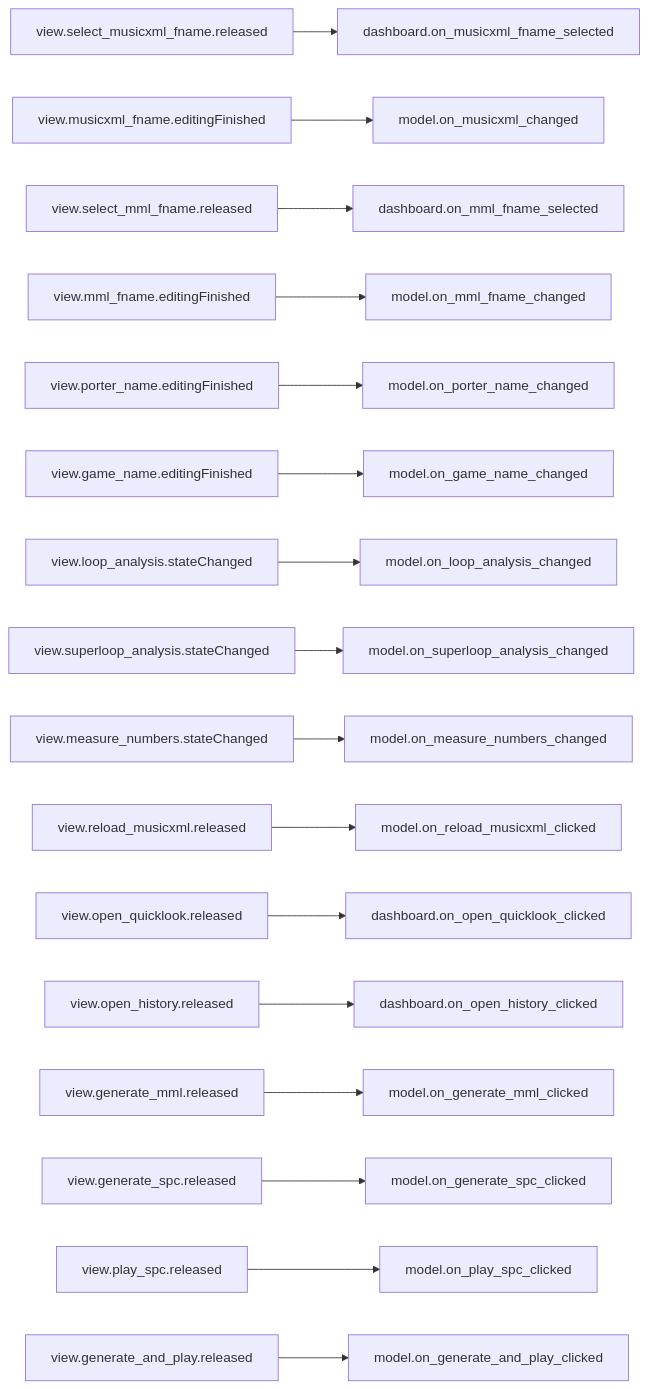
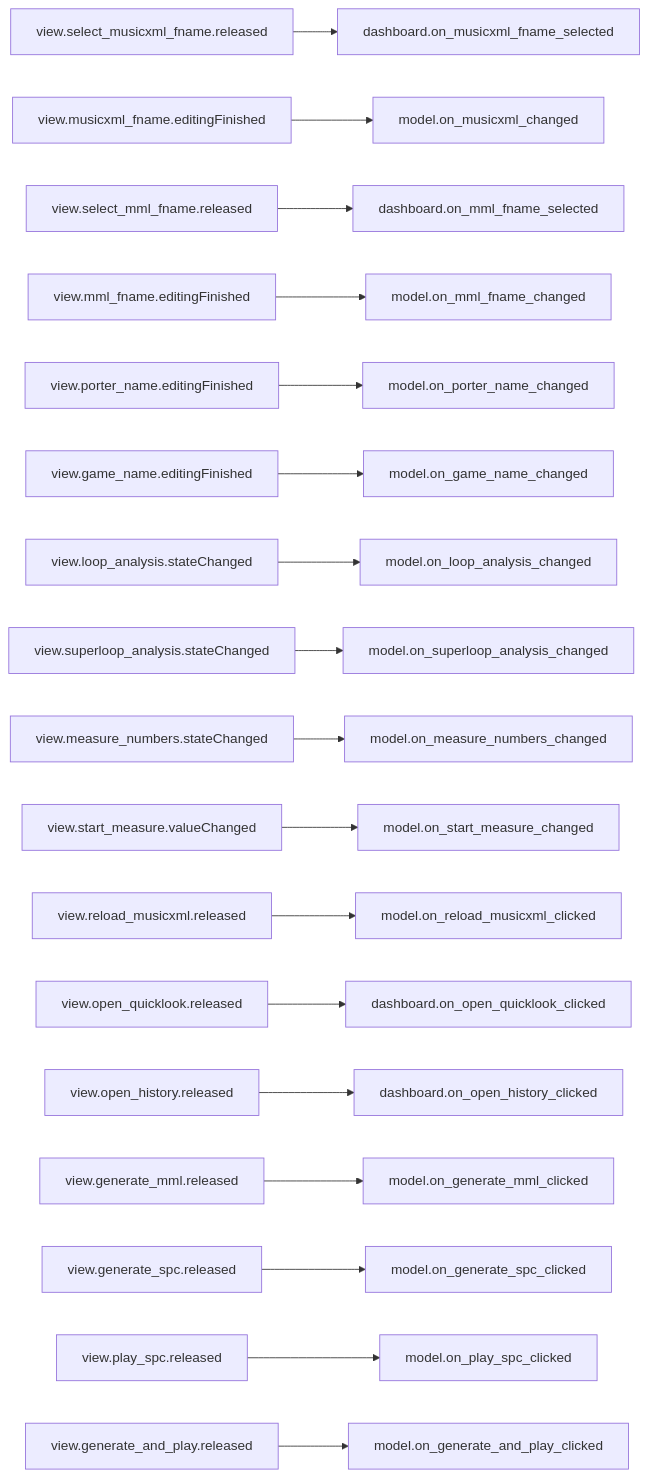
The third of 9 diagrams in doc/source/dashboard_signal_slot_map.rst (com-posers-pit/smw_music), drawn with Mermaid before and after one commit. The commit also changed 7 other files, not shown here.

```diff
--- a/doc/source/dashboard_signal_slot_map.rst
+++ b/doc/source/dashboard_signal_slot_map.rst
@@ -60,19 +60,20 @@
 .. mermaid::
 
    flowchart LR
       view.select_musicxml_fname.released --> dashboard.on_musicxml_fname_selected
       view.musicxml_fname.editingFinished --> model.on_musicxml_changed
       view.select_mml_fname.released --> dashboard.on_mml_fname_selected
       view.mml_fname.editingFinished --> model.on_mml_fname_changed
       view.porter_name.editingFinished --> model.on_porter_name_changed
       view.game_name.editingFinished --> model.on_game_name_changed
       view.loop_analysis.stateChanged --> model.on_loop_analysis_changed
       view.superloop_analysis.stateChanged --> model.on_superloop_analysis_changed
       view.measure_numbers.stateChanged --> model.on_measure_numbers_changed
+      view.start_measure.valueChanged --> model.on_start_measure_changed
       view.reload_musicxml.released --> model.on_reload_musicxml_clicked
       view.open_quicklook.released --> dashboard.on_open_quicklook_clicked
       view.open_history.released --> dashboard.on_open_history_clicked
       view.generate_mml.released --> model.on_generate_mml_clicked
       view.generate_spc.released --> model.on_generate_spc_clicked
       view.play_spc.released --> model.on_play_spc_clicked
       view.generate_and_play.released --> model.on_generate_and_play_clicked
```
